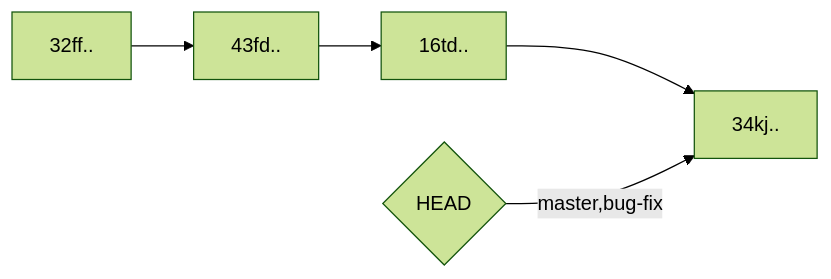
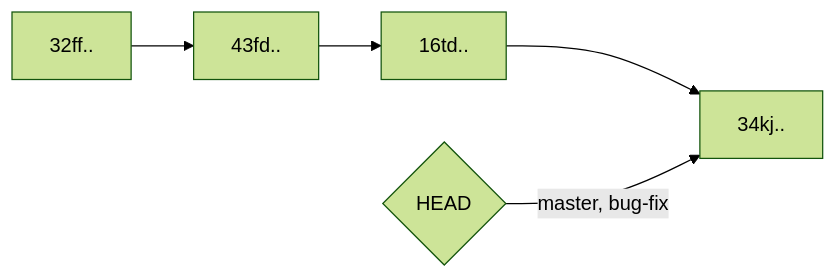
One commit to supernova-Z313/Git_and_Github_course changed the second of 4 diagrams in section_6/part_1.md. Above: the diagram before and after it, drawn with Mermaid (forest theme). The commit also changed other lines of this file, not shown here.

````diff
--- a/section_6/part_1.md
+++ b/section_6/part_1.md
@@ -33,7 +33,7 @@
 	```mermaid
 	graph LR
 	A[32ff..] --> B[43fd..]
 	B --> C[16td..]
 	C --> D[34kj..]
-	X{HEAD} -- master,bug-fix --> D
+	X{HEAD} -- master, bug-fix --> D
 	```
````
